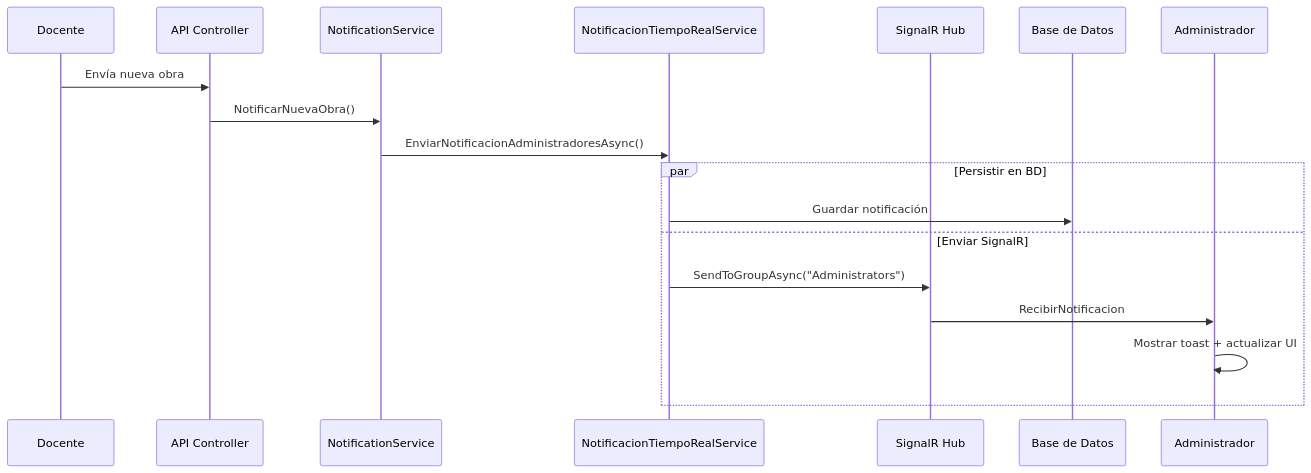
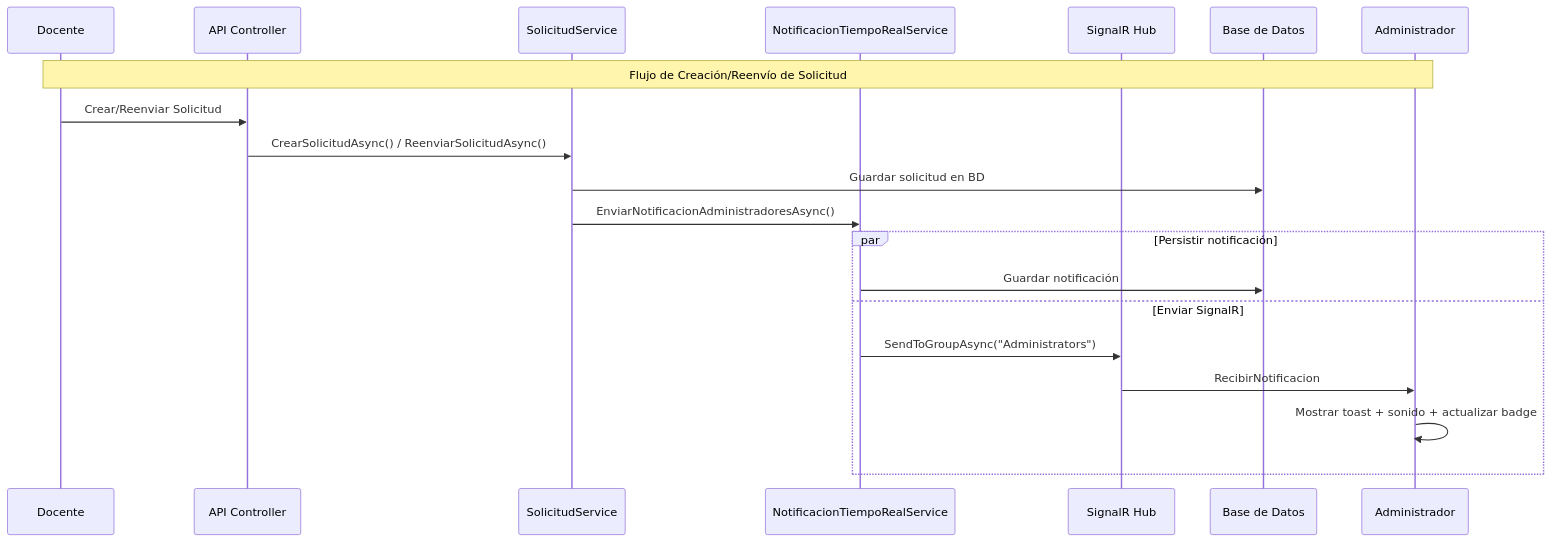
One commit to Andriu-Dex/GestorAscensos-UTA changed the first of 3 diagrams in Docs/SISTEMA_NOTIFICACIONES_TIEMPO_REAL.md. Above: the diagram before and after it, drawn with Mermaid. The commit also changed other lines of this file and 3 other files, not shown here.

````diff
--- a/Docs/SISTEMA_NOTIFICACIONES_TIEMPO_REAL.md
+++ b/Docs/SISTEMA_NOTIFICACIONES_TIEMPO_REAL.md
@@ -1452,22 +1460,24 @@
 ```mermaid
 sequenceDiagram
     participant D as Docente
     participant API as API Controller
-    participant NS as NotificationService
+    participant SS as SolicitudService
     participant NTS as NotificacionTiempoRealService
     participant Hub as SignalR Hub
     participant BD as Base de Datos
     participant Admin as Administrador
 
-    D->>API: Envía nueva obra
-    API->>NS: NotificarNuevaObra()
-    NS->>NTS: EnviarNotificacionAdministradoresAsync()
+    Note over D, Admin: Flujo de Creación/Reenvío de Solicitud
+    D->>API: Crear/Reenviar Solicitud
+    API->>SS: CrearSolicitudAsync() / ReenviarSolicitudAsync()
+    SS->>BD: Guardar solicitud en BD
+    SS->>NTS: EnviarNotificacionAdministradoresAsync()
 
-    par Persistir en BD
+    par Persistir notificación
         NTS->>BD: Guardar notificación
     and Enviar SignalR
         NTS->>Hub: SendToGroupAsync("Administrators")
         Hub->>Admin: RecibirNotificacion
-        Admin->>Admin: Mostrar toast + actualizar UI
+        Admin->>Admin: Mostrar toast + sonido + actualizar badge
     end
 ```
````
